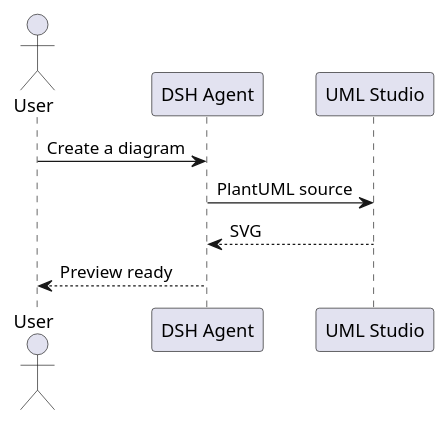
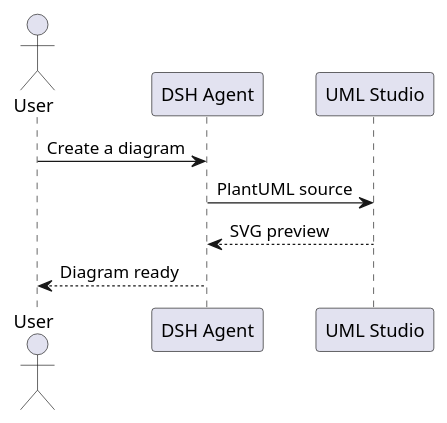
The first of 2 diagrams in README.md (sonhoang23/dsh-uml), drawn with PlantUML before and after one commit. The commit also changed other lines of this file and 4 other files, not shown here.

Commit message:
docs: redesign UML Studio README and split contributor guides

```diff
--- a/README.md
+++ b/README.md
@@ -16,11 +77,12 @@
 ~~~plantuml
 @startuml
 actor User
 participant "DSH Agent" as Agent
 participant "UML Studio" as UML
+
 User -> Agent: Create a diagram
 Agent -> UML: PlantUML source
-UML --> Agent: SVG
-Agent --> User: Preview ready
+UML --> Agent: SVG preview
+Agent --> User: Diagram ready
 @enduml
 ~~~
```
